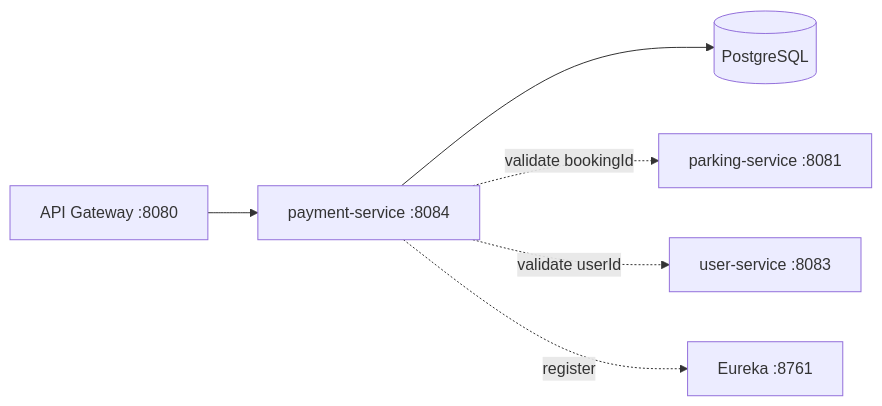
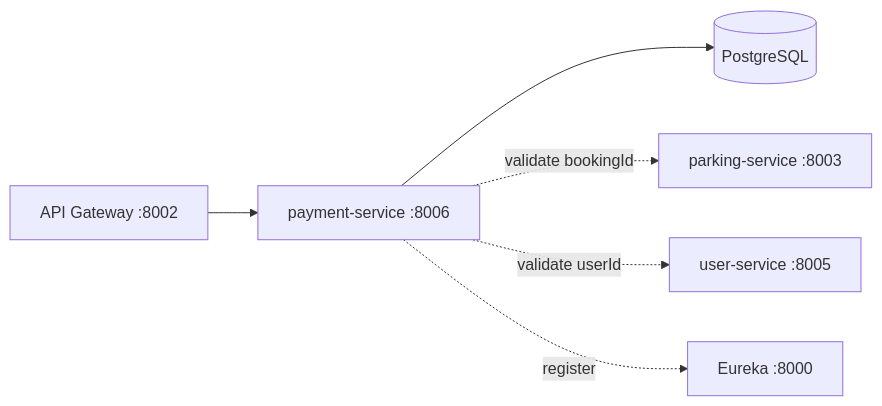
One commit to yasasbanukaofficial/kadolk-backend-microservice changed the diagram in services/payment-service/README.md. Above: the diagram before and after it, drawn with Mermaid. The commit also changed other lines of this file and 33 other files, not shown here.

````diff
--- a/services/payment-service/README.md
+++ b/services/payment-service/README.md
@@ -7,8 +7,8 @@
 ```mermaid
 flowchart LR
-    Gateway[API Gateway :8080] --> Payment[payment-service :8084]
+    Gateway[API Gateway :8002] --> Payment[payment-service :8006]
     Payment --> DB[(PostgreSQL)]
-    Payment -.validate bookingId.-> Parking[parking-service :8081]
-    Payment -.validate userId.-> User[user-service :8083]
-    Payment -.register.-> Eureka[Eureka :8761]
+    Payment -.validate bookingId.-> Parking[parking-service :8003]
+    Payment -.validate userId.-> User[user-service :8005]
+    Payment -.register.-> Eureka[Eureka :8000]
 ```
````
